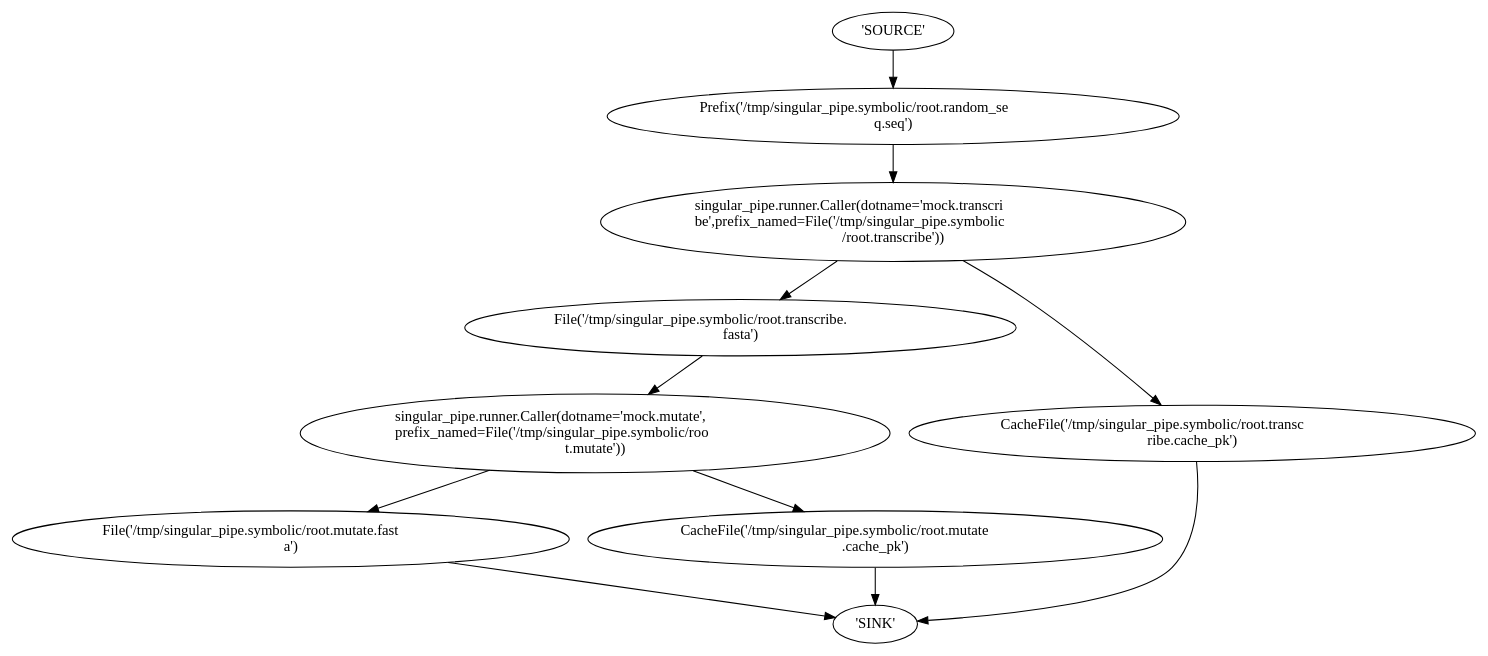
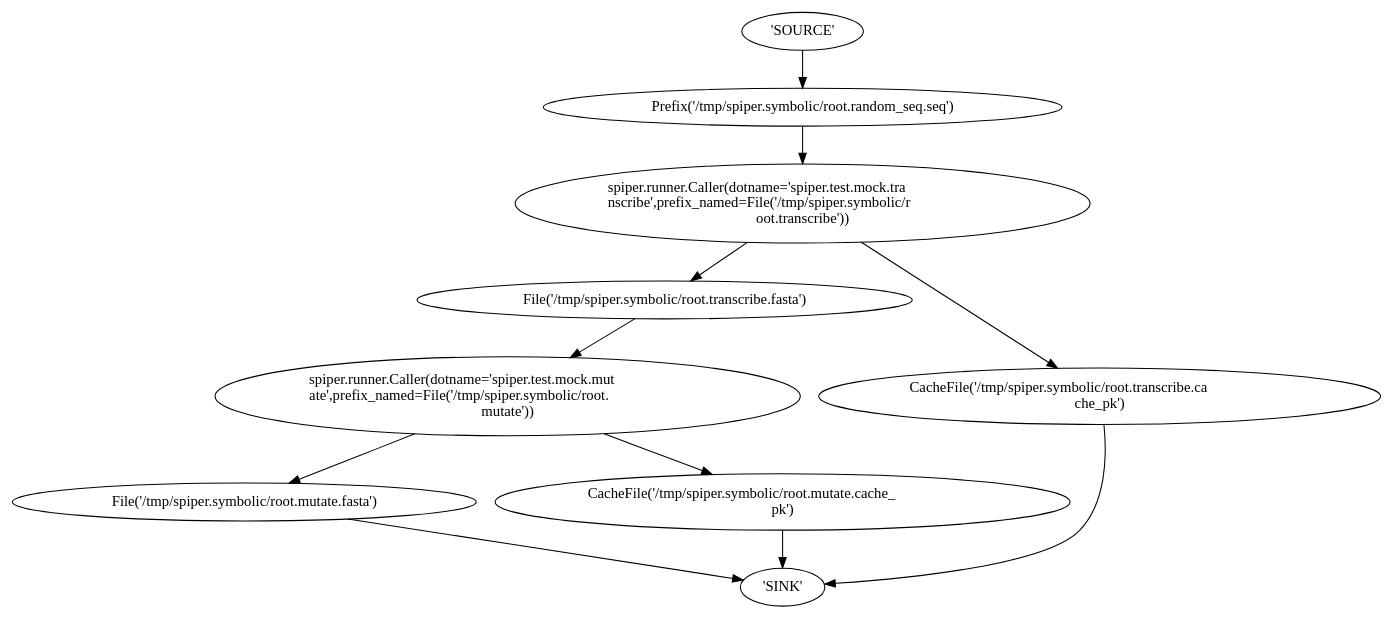
One commit to shouldsee/python-singular-pipe changed the diagram in assets/mock.py.real.dot. Above: the diagram before and after it, drawn with Graphviz. The commit also changed 19 other files, not shown here.

```diff
--- a/assets/mock.py.real.dot
+++ b/assets/mock.py.real.dot
@@ -1,13 +1,13 @@
 strict digraph G {
 	rankdir=TB
-	"File('/tmp/singular_pipe.symbolic/root.mutate.fast\la')" -> "'SINK'"
-	"singular_pipe.runner.Caller(dotname='mock.mutate',\lprefix_named=File('/tmp/singular_pipe.symbolic/roo\lt.mutate'))" -> "File('/tmp/singular_pipe.symbolic/root.mutate.fast\la')"
-	"CacheFile('/tmp/singular_pipe.symbolic/root.mutate\l.cache_pk')" -> "'SINK'"
-	"singular_pipe.runner.Caller(dotname='mock.mutate',\lprefix_named=File('/tmp/singular_pipe.symbolic/roo\lt.mutate'))" -> "CacheFile('/tmp/singular_pipe.symbolic/root.mutate\l.cache_pk')"
-	"File('/tmp/singular_pipe.symbolic/root.transcribe.\lfasta')" -> "singular_pipe.runner.Caller(dotname='mock.mutate',\lprefix_named=File('/tmp/singular_pipe.symbolic/roo\lt.mutate'))"
-	"singular_pipe.runner.Caller(dotname='mock.transcri\lbe',prefix_named=File('/tmp/singular_pipe.symbolic\l/root.transcribe'))" -> "File('/tmp/singular_pipe.symbolic/root.transcribe.\lfasta')"
-	"CacheFile('/tmp/singular_pipe.symbolic/root.transc\lribe.cache_pk')" -> "'SINK'"
-	"singular_pipe.runner.Caller(dotname='mock.transcri\lbe',prefix_named=File('/tmp/singular_pipe.symbolic\l/root.transcribe'))" -> "CacheFile('/tmp/singular_pipe.symbolic/root.transc\lribe.cache_pk')"
-	"Prefix('/tmp/singular_pipe.symbolic/root.random_se\lq.seq')" -> "singular_pipe.runner.Caller(dotname='mock.transcri\lbe',prefix_named=File('/tmp/singular_pipe.symbolic\l/root.transcribe'))"
-	"'SOURCE'" -> "Prefix('/tmp/singular_pipe.symbolic/root.random_se\lq.seq')"
+	"File('/tmp/spiper.symbolic/root.mutate.fasta')" -> "'SINK'"
+	"spiper.runner.Caller(dotname='spiper.test.mock.mut\late',prefix_named=File('/tmp/spiper.symbolic/root.\lmutate'))" -> "File('/tmp/spiper.symbolic/root.mutate.fasta')"
+	"CacheFile('/tmp/spiper.symbolic/root.mutate.cache_\lpk')" -> "'SINK'"
+	"spiper.runner.Caller(dotname='spiper.test.mock.mut\late',prefix_named=File('/tmp/spiper.symbolic/root.\lmutate'))" -> "CacheFile('/tmp/spiper.symbolic/root.mutate.cache_\lpk')"
+	"File('/tmp/spiper.symbolic/root.transcribe.fasta')" -> "spiper.runner.Caller(dotname='spiper.test.mock.mut\late',prefix_named=File('/tmp/spiper.symbolic/root.\lmutate'))"
+	"spiper.runner.Caller(dotname='spiper.test.mock.tra\lnscribe',prefix_named=File('/tmp/spiper.symbolic/r\loot.transcribe'))" -> "File('/tmp/spiper.symbolic/root.transcribe.fasta')"
+	"CacheFile('/tmp/spiper.symbolic/root.transcribe.ca\lche_pk')" -> "'SINK'"
+	"spiper.runner.Caller(dotname='spiper.test.mock.tra\lnscribe',prefix_named=File('/tmp/spiper.symbolic/r\loot.transcribe'))" -> "CacheFile('/tmp/spiper.symbolic/root.transcribe.ca\lche_pk')"
+	"Prefix('/tmp/spiper.symbolic/root.random_seq.seq')" -> "spiper.runner.Caller(dotname='spiper.test.mock.tra\lnscribe',prefix_named=File('/tmp/spiper.symbolic/r\loot.transcribe'))"
+	"'SOURCE'" -> "Prefix('/tmp/spiper.symbolic/root.random_seq.seq')"
 }
```
